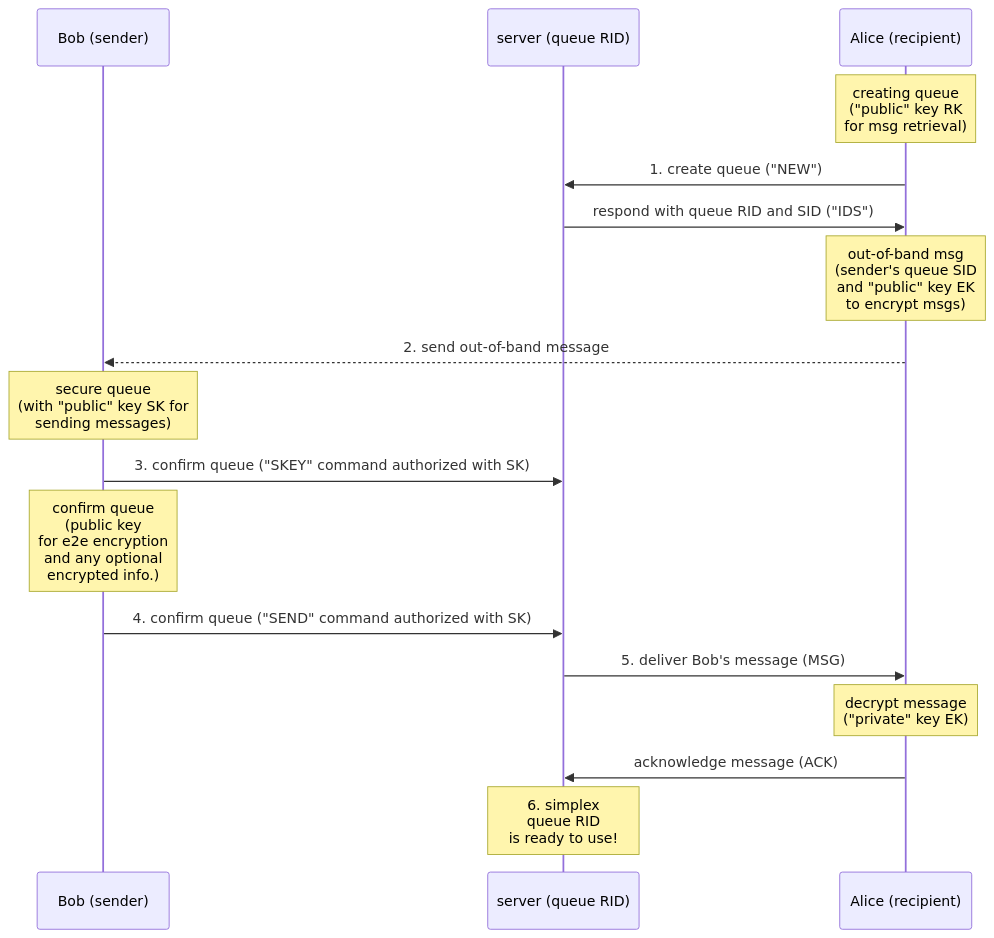
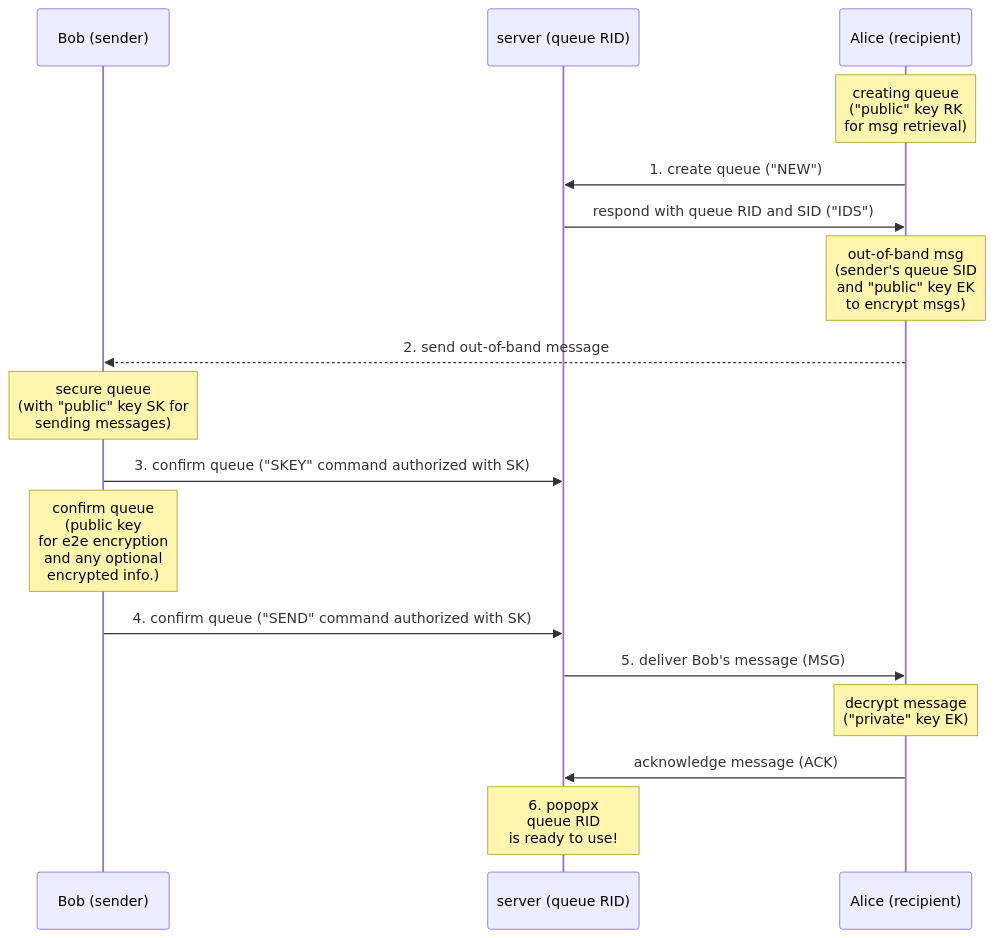
Before and after one commit to popopx-chat/popopxmq: the diagram in protocol/diagrams/popopx-messaging/popopx-creating-fast.mmd, drawn with Mermaid. The commit also changed 411 other files, not shown here.

```diff
--- a/protocol/diagrams/popopx-messaging/popopx-creating-fast.mmd
+++ b/protocol/diagrams/popopx-messaging/popopx-creating-fast.mmd
@@ -1,23 +1,23 @@
 sequenceDiagram
   participant B as Bob (sender)
   participant S as server (queue RID)
   participant A as Alice (recipient)
 
   note over A: creating queue<br>("public" key RK<br>for msg retrieval)
   A ->> S: 1. create queue ("NEW")
   S ->> A: respond with queue RID and SID ("IDS")
 
   note over A: out-of-band msg<br>(sender's queue SID<br>and "public" key EK<br>to encrypt msgs)
   A -->> B: 2. send out-of-band message
 
   note over B: secure queue<br>(with "public" key SK for<br>sending messages)
   B ->> S: 3. confirm queue ("SKEY" command authorized with SK)
 
   note over B: confirm queue<br>(public key<br>for e2e encryption<br>and any optional<br>encrypted info.)
   B ->> S: 4. confirm queue ("SEND" command authorized with SK)
 
   S ->> A: 5. deliver Bob's message (MSG)
   note over A: decrypt message<br>("private" key EK)
   A ->> S: acknowledge message (ACK)
 
-  note over S: 6. simplex<br>queue RID<br>is ready to use!
+  note over S: 6. popopx<br>queue RID<br>is ready to use!
```
